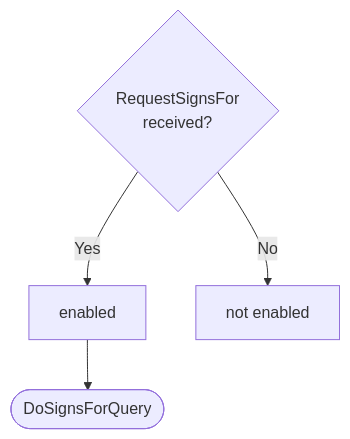
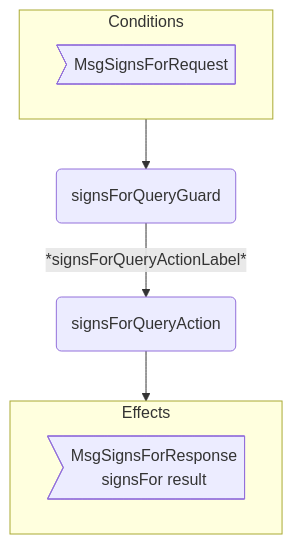
The first of 3 diagrams in docs/arch/node/engines/signs_for_behaviour.juvix.md (anoma/nspec), drawn with Mermaid before and after one commit. The commit also changed other lines of this file and 2 other files, not shown here.

Commit message:
update signs for engine to new template

````diff
--- a/docs/arch/node/engines/signs_for_behaviour.juvix.md
+++ b/docs/arch/node/engines/signs_for_behaviour.juvix.md
@@ -190,7 +502,15 @@
 ```mermaid
 flowchart TD
-    C{RequestSignsFor<br>received?}
-    C -->|Yes| D[enabled]
-    C -->|No| E[not enabled]
-    D --> F([DoSignsForQuery])
+  subgraph C[Conditions]
+    CMsg>MsgSignsForRequest]
+  end
+
+  G(signsForQueryGuard)
+  A(signsForQueryAction)
+
+  C --> G -- *signsForQueryActionLabel* --> A --> E
+
+  subgraph E[Effects]
+    EMsg>MsgSignsForResponse<br/>signsFor result]
+  end
 ```
````
